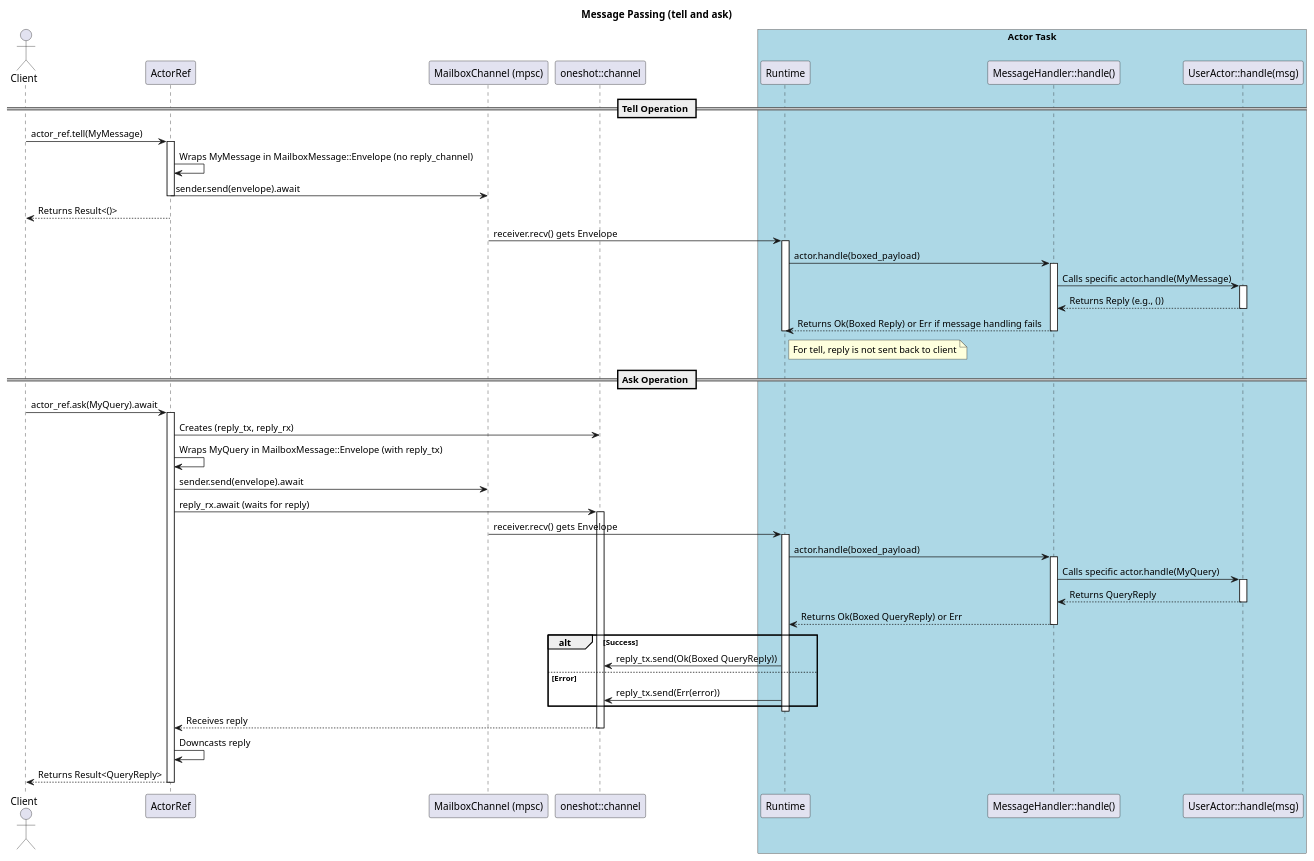
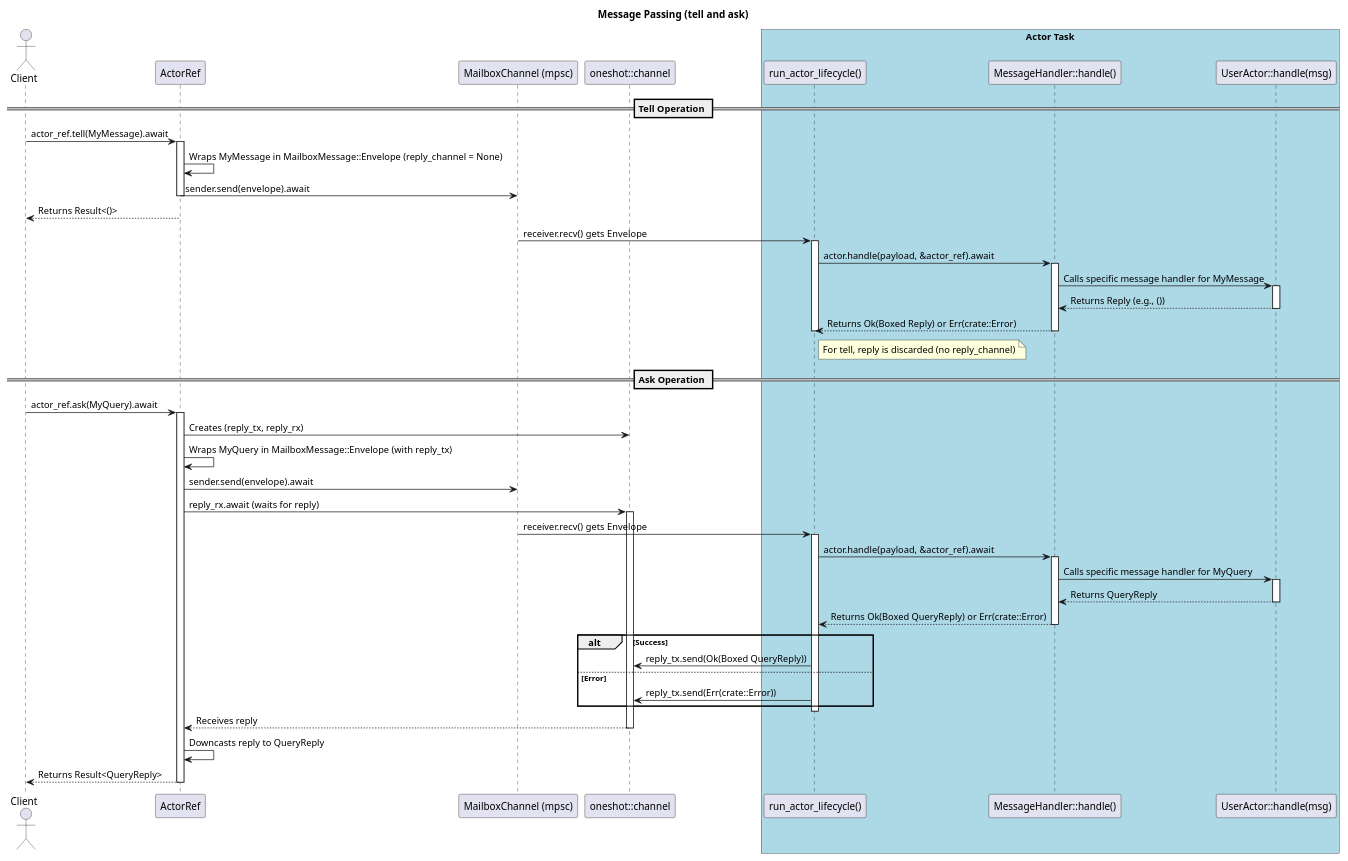
Before and after one commit to hiking90/rsactor: the diagram in docs/message_passing.puml, drawn with PlantUML. The commit also changed 30 other files, not shown here.

```diff
--- a/docs/message_passing.puml
+++ b/docs/message_passing.puml
@@ -1,71 +1,71 @@
 @startuml Message Passing
 title Message Passing (tell and ask)
 
 actor Client
 participant "ActorRef" as ActorRef_obj
 participant "MailboxChannel (mpsc)" as MailboxChannel
-participant "Runtime" as Runtime_obj
+participant "run_actor_lifecycle()" as Runtime_obj
 participant "MessageHandler::handle()" as DynMsgHandler
 participant "UserActor::handle(msg)" as UserHandler
 participant "oneshot::channel" as OneshotChannel
 
 box "Actor Task" #LightBlue
     participant Runtime_obj
     participant DynMsgHandler
     participant UserHandler
 end box
 
 == Tell Operation ==
-Client -> ActorRef_obj: actor_ref.tell(MyMessage)
+Client -> ActorRef_obj: actor_ref.tell(MyMessage).await
 activate ActorRef_obj
-ActorRef_obj -> ActorRef_obj: Wraps MyMessage in MailboxMessage::Envelope (no reply_channel)
+ActorRef_obj -> ActorRef_obj: Wraps MyMessage in MailboxMessage::Envelope (reply_channel = None)
 ActorRef_obj -> MailboxChannel: sender.send(envelope).await
 deactivate ActorRef_obj
 Client <-- ActorRef_obj: Returns Result<()>
 
 MailboxChannel -> Runtime_obj: receiver.recv() gets Envelope
 activate Runtime_obj
-Runtime_obj -> DynMsgHandler: actor.handle(boxed_payload)
+Runtime_obj -> DynMsgHandler: actor.handle(payload, &actor_ref).await
 activate DynMsgHandler
-DynMsgHandler -> UserHandler: Calls specific actor.handle(MyMessage)
+DynMsgHandler -> UserHandler: Calls specific message handler for MyMessage
 activate UserHandler
 UserHandler --> DynMsgHandler: Returns Reply (e.g., ())
 deactivate UserHandler
-DynMsgHandler --> Runtime_obj: Returns Ok(Boxed Reply) or Err if message handling fails
+DynMsgHandler --> Runtime_obj: Returns Ok(Boxed Reply) or Err(crate::Error)
 deactivate DynMsgHandler
-note right of Runtime_obj: For tell, reply is not sent back to client
+note right of Runtime_obj: For tell, reply is discarded (no reply_channel)
 deactivate Runtime_obj
 
 == Ask Operation ==
 Client -> ActorRef_obj: actor_ref.ask(MyQuery).await
 activate ActorRef_obj
 ActorRef_obj -> OneshotChannel: Creates (reply_tx, reply_rx)
 ActorRef_obj -> ActorRef_obj: Wraps MyQuery in MailboxMessage::Envelope (with reply_tx)
 ActorRef_obj -> MailboxChannel: sender.send(envelope).await
 ActorRef_obj -> OneshotChannel: reply_rx.await (waits for reply)
 activate OneshotChannel
 
 MailboxChannel -> Runtime_obj: receiver.recv() gets Envelope
 activate Runtime_obj
-Runtime_obj -> DynMsgHandler: actor.handle(boxed_payload)
+Runtime_obj -> DynMsgHandler: actor.handle(payload, &actor_ref).await
 activate DynMsgHandler
-DynMsgHandler -> UserHandler: Calls specific actor.handle(MyQuery)
+DynMsgHandler -> UserHandler: Calls specific message handler for MyQuery
 activate UserHandler
 UserHandler --> DynMsgHandler: Returns QueryReply
 deactivate UserHandler
-DynMsgHandler --> Runtime_obj: Returns Ok(Boxed QueryReply) or Err
+DynMsgHandler --> Runtime_obj: Returns Ok(Boxed QueryReply) or Err(crate::Error)
 deactivate DynMsgHandler
 
 alt Success
   Runtime_obj -> OneshotChannel: reply_tx.send(Ok(Boxed QueryReply))
 else Error
-  Runtime_obj -> OneshotChannel: reply_tx.send(Err(error))
+  Runtime_obj -> OneshotChannel: reply_tx.send(Err(crate::Error))
 end
 deactivate Runtime_obj
 OneshotChannel --> ActorRef_obj: Receives reply
 deactivate OneshotChannel
-ActorRef_obj -> ActorRef_obj: Downcasts reply
+ActorRef_obj -> ActorRef_obj: Downcasts reply to QueryReply
 ActorRef_obj --> Client: Returns Result<QueryReply>
 deactivate ActorRef_obj
 
 @enduml
```
